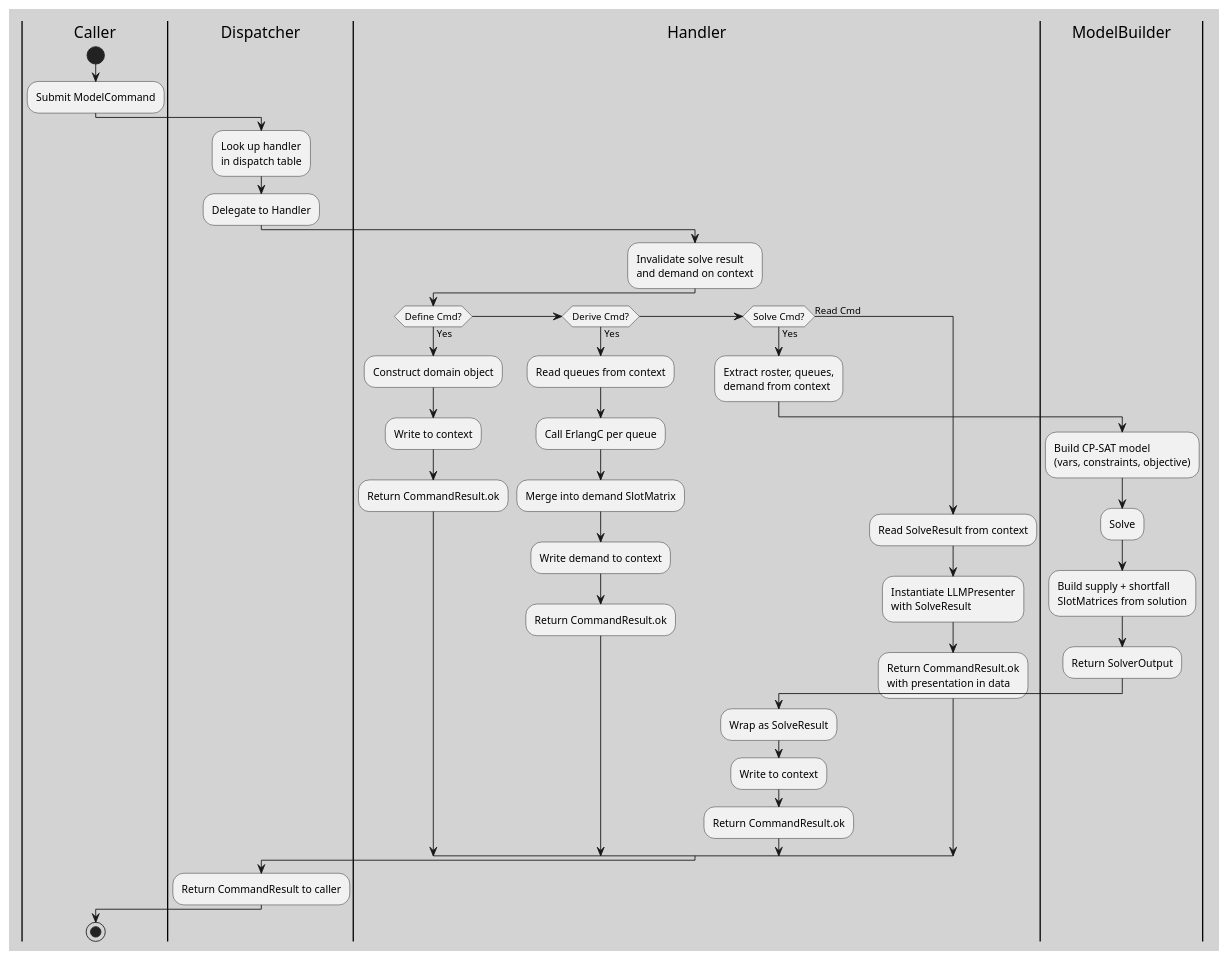
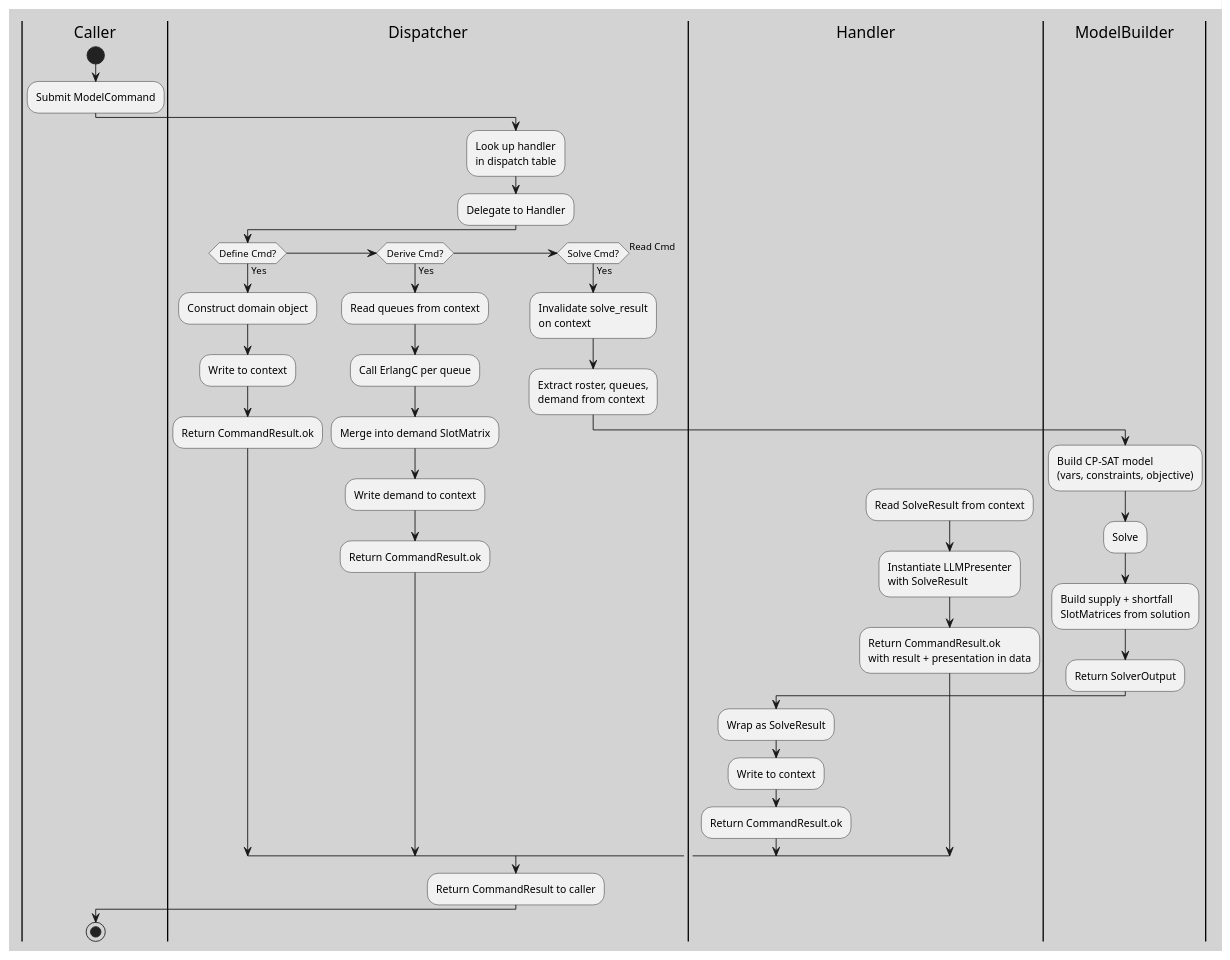
The diagram in docs/uml/dispatch_activity.puml (neon-tetra/schedule-architect), drawn with PlantUML before and after one commit. The commit also changed 5 other files, not shown here.

Commit message:
Update UML diagrams for latest domain engine and agent changes

```diff
--- a/docs/uml/dispatch_activity.puml
+++ b/docs/uml/dispatch_activity.puml
@@ -1,60 +1,58 @@
 @startuml engine_activity
 
 skinparam backgroundColor #D3D3D3
 skinparam defaultFontName Segoe UI
 
 |Caller|
 |Dispatcher|
 |Handler|
 |ModelBuilder|
 
 |Caller|
 start
 :Submit ModelCommand;
 
 |Dispatcher|
 :Look up handler\nin dispatch table;
 :Delegate to Handler;
 
-|Handler|
-:Invalidate solve result\nand demand on context;
-
 if (Define Cmd?) then (Yes)
     :Construct domain object;
     :Write to context;
     :Return CommandResult.ok;
 
 else if (Derive Cmd?) then (Yes)
 ' this feels weird , erlang being the only derive
     :Read queues from context;
     :Call ErlangC per queue;
     :Merge into demand SlotMatrix;
     :Write demand to context;
     :Return CommandResult.ok;
 
 else if (Solve Cmd?) then (Yes)
+    :Invalidate solve_result\non context;
     :Extract roster, queues,\ndemand from context;
     |ModelBuilder|
     :Build CP-SAT model\n(vars, constraints, objective);
     :Solve;
     :Build supply + shortfall\nSlotMatrices from solution;
     :Return SolverOutput;
     |Handler|
     :Wrap as SolveResult;
     :Write to context;
     :Return CommandResult.ok;
 
 else (Read Cmd)
     :Read SolveResult from context;
     :Instantiate LLMPresenter\nwith SolveResult;
-    :Return CommandResult.ok\nwith presentation in data;
+    :Return CommandResult.ok\nwith result + presentation in data;
 
 endif
 
 |Dispatcher|
 :Return CommandResult to caller;
 
 |Caller|
 stop
 
 @enduml
```
